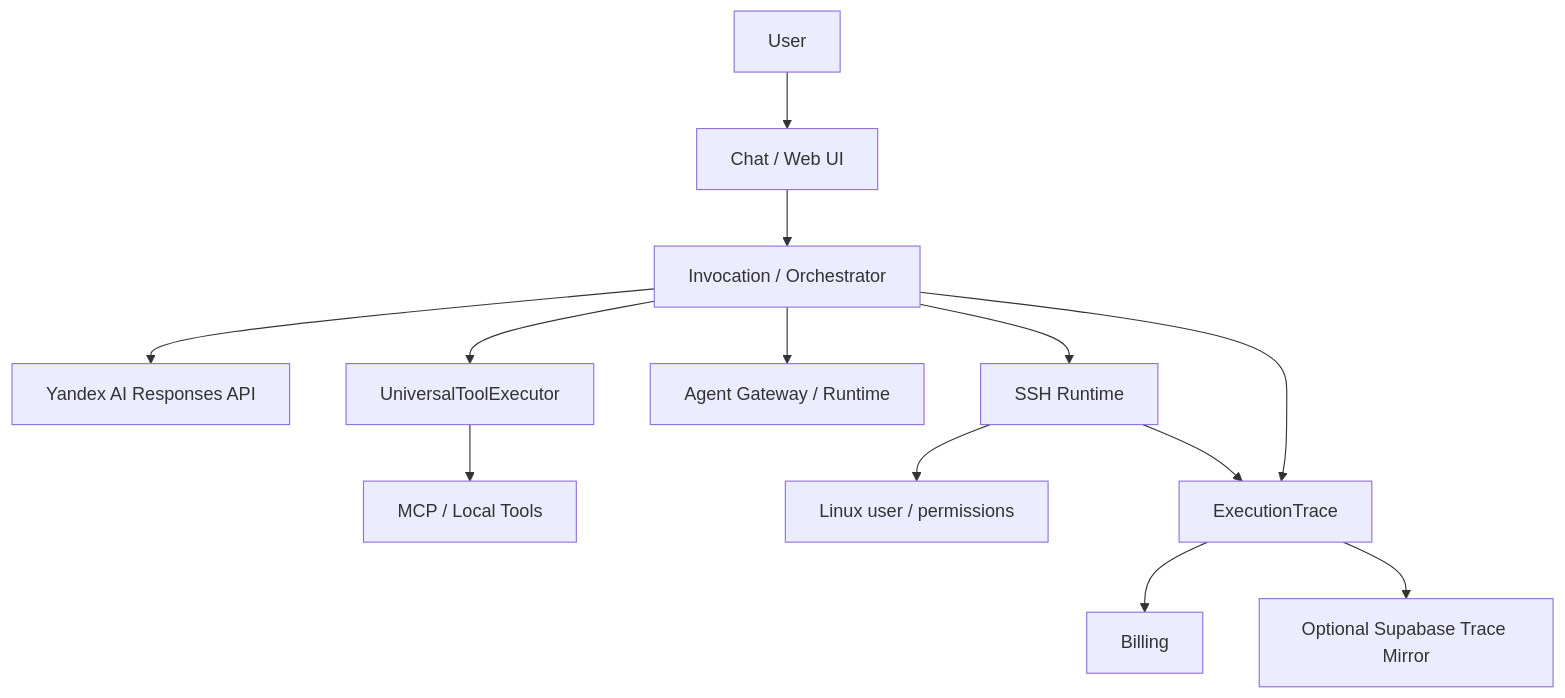
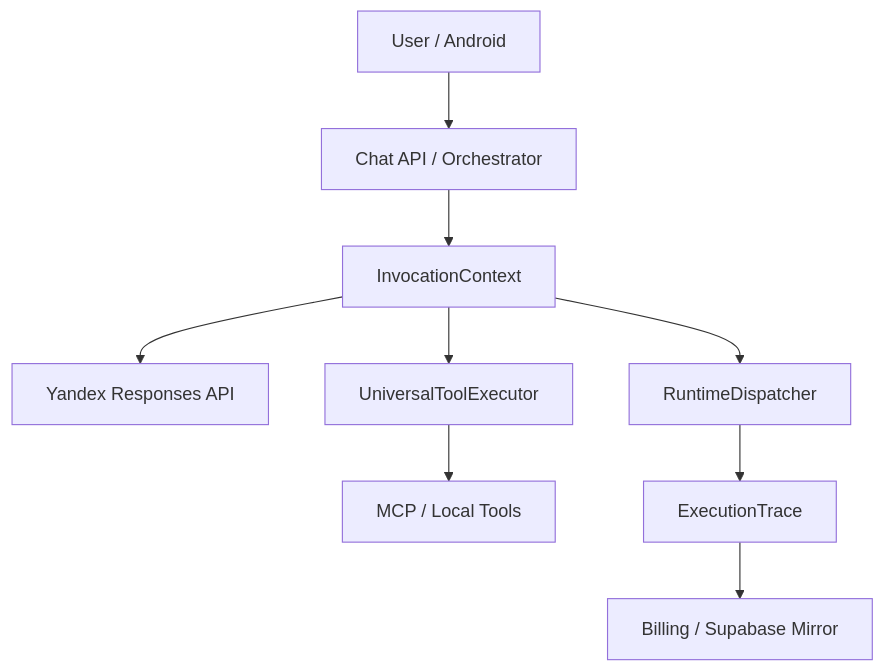
One commit to maksimp6/Chat changed the diagram in README.md. Above: the diagram before and after it, drawn with Mermaid. The commit also changed other lines of this file, not shown here.

Commit message:
docs: align README with current architecture and roadmap

````diff
--- a/README.md
+++ b/README.md
@@ -24,15 +23,11 @@
 ```mermaid
 flowchart TD
-    U[User] --> C[Chat / Web UI]
-    C --> O[Invocation / Orchestrator]
-    O --> Y[Yandex AI Responses API]
-    O --> T[UniversalToolExecutor]
+    U[User / Android] --> O[Chat API / Orchestrator]
+    O --> C[InvocationContext]
+    C --> Y[Yandex Responses API]
+    C --> T[UniversalToolExecutor]
     T --> M[MCP / Local Tools]
-    O --> A[Agent Gateway / Runtime]
-    O --> R[SSH Runtime]
-    R --> L[Linux user / permissions]
+    C --> R[RuntimeDispatcher]
     R --> X[ExecutionTrace]
-    O --> X[ExecutionTrace]
-    X --> B[Billing]
-    X --> S[Optional Supabase Trace Mirror]
+    X --> B[Billing / Supabase Mirror]
 ```
````
